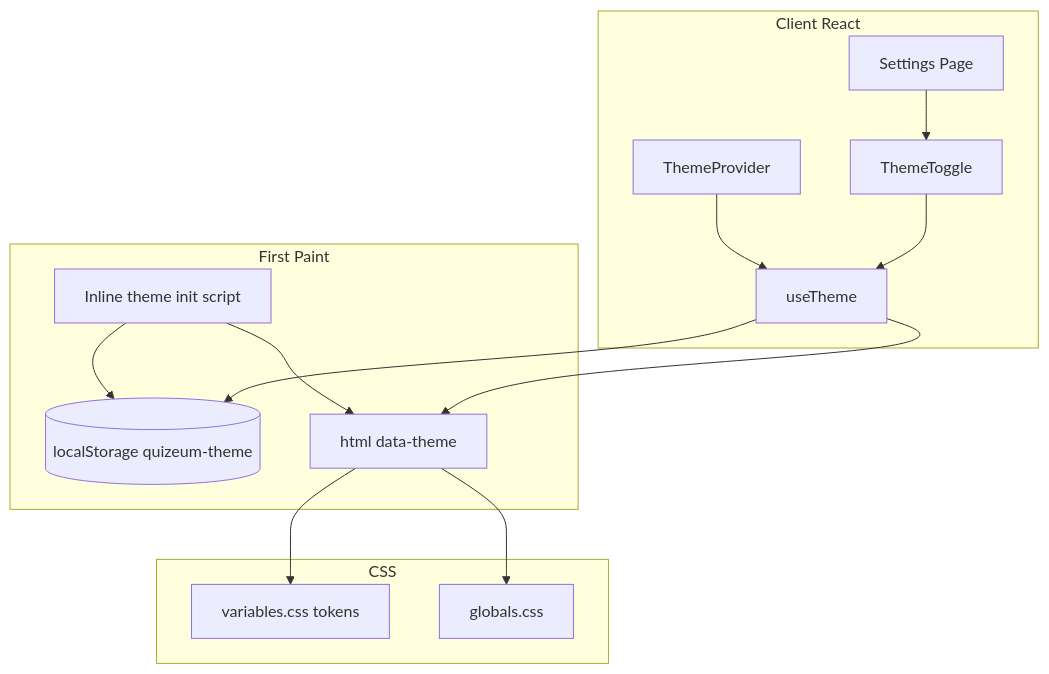
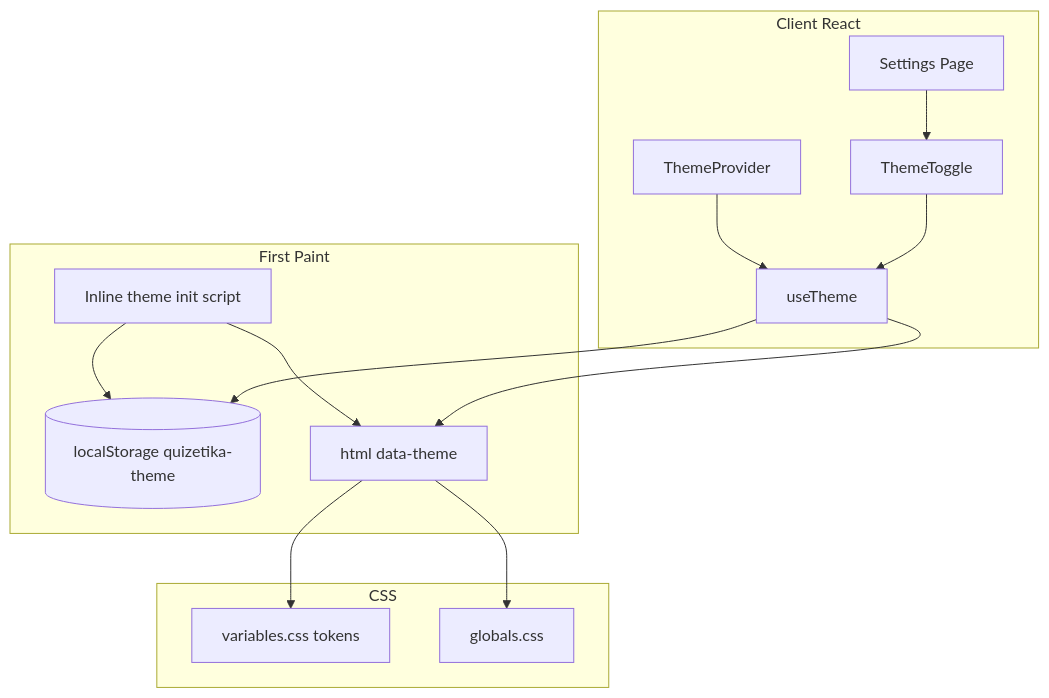
Before and after one commit to npressoworks/quizetika: the first of 3 diagrams in .kiro/specs/quizeum-user-settings-ui/design.md, drawn with Mermaid. The commit also changed other lines of this file and 207 other files, not shown here.

````diff
--- a/.kiro/specs/quizeum-user-settings-ui/design.md
+++ b/.kiro/specs/quizeum-user-settings-ui/design.md
@@ -65,30 +65,30 @@
 ```mermaid
 graph TD
     subgraph Init [First Paint]
         InlineScript[Inline theme init script]
-        localStorage[(localStorage quizeum-theme)]
+        localStorage[(localStorage quizetika-theme)]
         HTML[html data-theme]
     end
 
     subgraph Client [Client React]
         ThemeProvider[ThemeProvider]
         useTheme[useTheme]
         SettingsPage[Settings Page]
         ThemeToggle[ThemeToggle]
     end
 
     subgraph Styles [CSS]
         Variables[variables.css tokens]
         Globals[globals.css]
     end
 
     InlineScript --> localStorage
     InlineScript --> HTML
     ThemeProvider --> useTheme
     SettingsPage --> ThemeToggle
     ThemeToggle --> useTheme
     useTheme --> HTML
     useTheme --> localStorage
     HTML --> Variables
     HTML --> Globals
 ```
````
